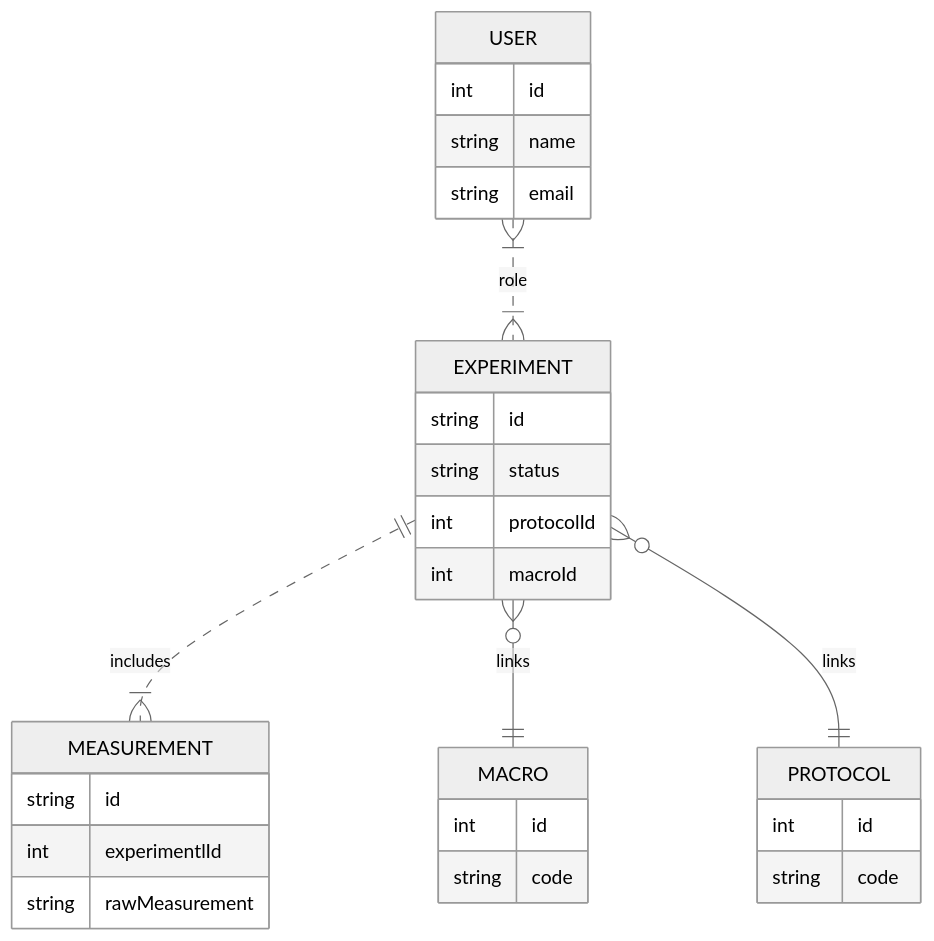
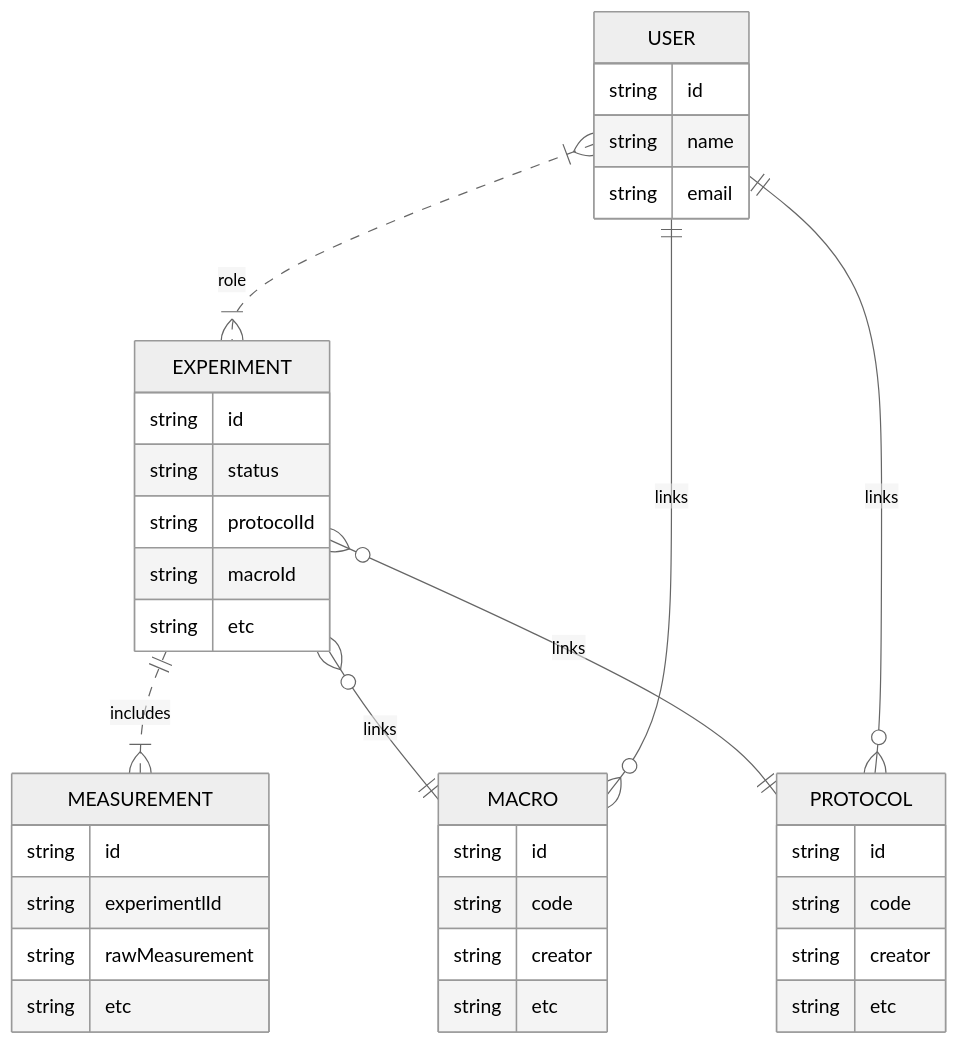
The diagram in mermaid.md (oebe/test), drawn with Mermaid (neutral theme) before and after one commit.

Commit message:
Change integer types to string in mermaid.md

````diff
--- a/mermaid.md
+++ b/mermaid.md
@@ -1,32 +1,41 @@
 ```mermaid
 erDiagram
     USER }|..|{ EXPERIMENT : role
     EXPERIMENT ||..|{ MEASUREMENT : includes
     EXPERIMENT }o--|| MACRO : links
     EXPERIMENT }o--|| PROTOCOL : links
+    USER ||--o{ MACRO : links
+    USER ||--o{ PROTOCOL : links
     USER {
-        int id
+        string id
         string name
         string email
     }
     EXPERIMENT {
         string id
         string status
-        int protocolId
-        int macroId
+        string protocolId
+        string macroId
+        string etc
+
     }    
     MEASUREMENT {
         string id
-        int experimentlId
+        string experimentlId
         string rawMeasurement
+        string etc
     }
     PROTOCOL {
-        int id
+        string id
         string code
+        string creator
+        string etc
     }
     MACRO {
-        int id
+        string id
         string code
+        string creator
+        string etc
     }
 
 ```
````
